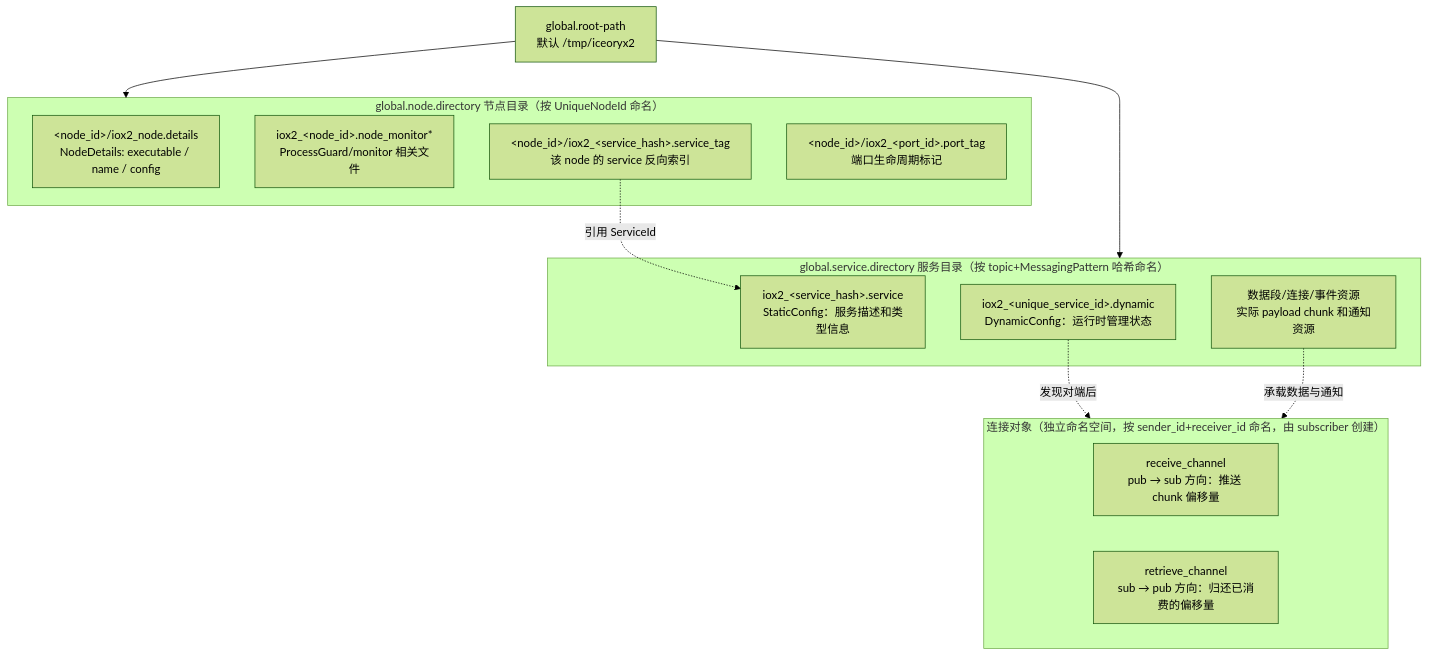
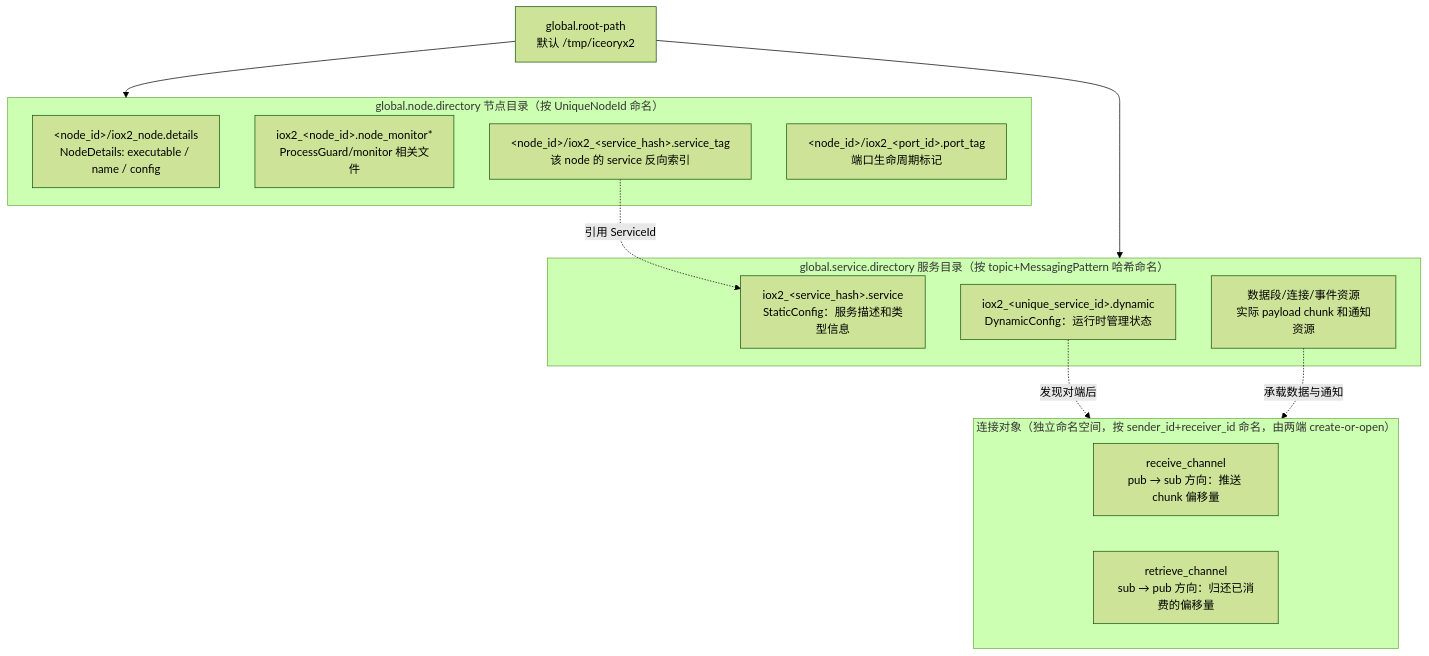
One commit to BestUO/BestUO_Blog changed the second of 6 diagrams in data/posts/cxx/distributed_communication_middleware.md. Above: the diagram before and after it, drawn with Mermaid (forest theme). The commit also changed other lines of this file and 1 other file, not shown here.

````diff
--- a/data/posts/cxx/distributed_communication_middleware.md
+++ b/data/posts/cxx/distributed_communication_middleware.md
@@ -147,28 +151,28 @@
 ```mermaid
 graph TB
   ROOT["global.root-path<br/>默认 /tmp/iceoryx2"]
 
   subgraph NODE["global.node.directory 节点目录（按 UniqueNodeId 命名）"]
     N1["&lt;node_id&gt;/iox2_node.details<br/>NodeDetails: executable / name / config"]
     N2["iox2_&lt;node_id&gt;.node_monitor*<br/>ProcessGuard/monitor 相关文件"]
     N3["&lt;node_id&gt;/iox2_&lt;service_hash&gt;.service_tag<br/>该 node 的 service 反向索引"]
     N4["&lt;node_id&gt;/iox2_&lt;port_id&gt;.port_tag<br/>端口生命周期标记"]
   end
 
   subgraph SVC["global.service.directory 服务目录（按 topic+MessagingPattern 哈希命名）"]
     S1["iox2_&lt;service_hash&gt;.service<br/>StaticConfig：服务描述和类型信息"]
     S2["iox2_&lt;unique_service_id&gt;.dynamic<br/>DynamicConfig：运行时管理状态"]
     S3["数据段/连接/事件资源<br/>实际 payload chunk 和通知资源"]
   end
 
-  subgraph CONN["连接对象（独立命名空间，按 sender_id+receiver_id 命名，由 subscriber 创建）"]
+  subgraph CONN["连接对象（独立命名空间，按 sender_id+receiver_id 命名，由两端 create-or-open）"]
     C1["receive_channel<br/>pub → sub 方向：推送 chunk 偏移量"]
     C2["retrieve_channel<br/>sub → pub 方向：归还已消费的偏移量"]
   end
 
   ROOT --> NODE
   ROOT --> SVC
   N3 -.引用 ServiceId.-> S1
   S2 -.发现对端后.-> CONN
   S3 -.承载数据与通知.-> CONN
 ```
````
